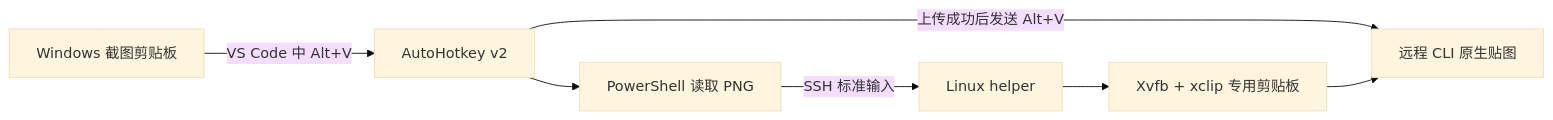
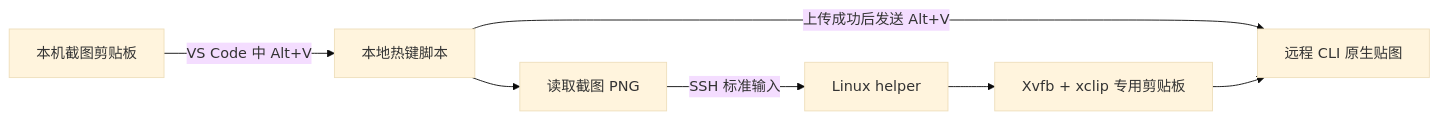
One commit to IdKomorebi/ssh-image-paste changed the diagram in README.md. Above: the diagram before and after it, drawn with Mermaid (base theme). The commit also changed other lines of this file and 1 other file, not shown here.

````diff
--- a/README.md
+++ b/README.md
@@ -22,9 +36,9 @@
 ```mermaid
 flowchart LR
-  A[Windows 截图剪贴板] -->|VS Code 中 Alt+V| B[AutoHotkey v2]
-  B --> C[PowerShell 读取 PNG]
+  A[本机截图剪贴板] -->|VS Code 中 Alt+V| B[本地热键脚本]
+  B --> C[读取截图 PNG]
   C -->|SSH 标准输入| D[Linux helper]
   D --> E[Xvfb + xclip 专用剪贴板]
   B -->|上传成功后发送 Alt+V| F[远程 CLI 原生贴图]
   E --> F
 ```
````
